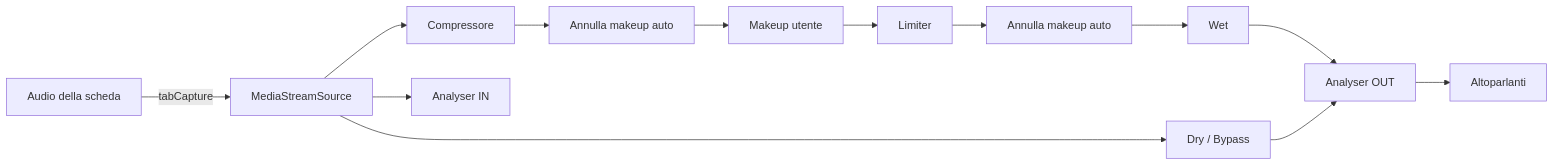
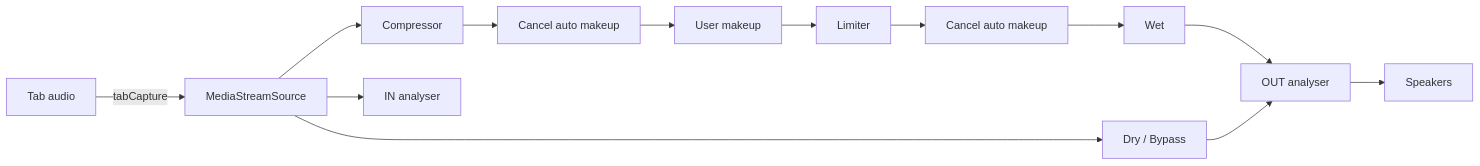
One commit to mfabbrj/tab-compressor changed the diagram in README.md. Above: the diagram before and after it, drawn with Mermaid. The commit also changed other lines of this file, not shown here.

````diff
--- a/README.md
+++ b/README.md
@@ -56,15 +64,15 @@
 ```mermaid
 flowchart LR
-    T[Audio della scheda] -->|tabCapture| S[MediaStreamSource]
-    S --> C[Compressore]
-    C --> CF[Annulla makeup auto]
-    CF --> M[Makeup utente]
+    T[Tab audio] -->|tabCapture| S[MediaStreamSource]
+    S --> C[Compressor]
+    C --> CF[Cancel auto makeup]
+    CF --> M[User makeup]
     M --> L[Limiter]
-    L --> LF[Annulla makeup auto]
+    L --> LF[Cancel auto makeup]
     LF --> W[Wet]
     S --> D[Dry / Bypass]
-    W --> O[Analyser OUT]
+    W --> O[OUT analyser]
     D --> O
-    S --> I[Analyser IN]
-    O --> SPK[Altoparlanti]
+    S --> I[IN analyser]
+    O --> SPK[Speakers]
 ```
````
